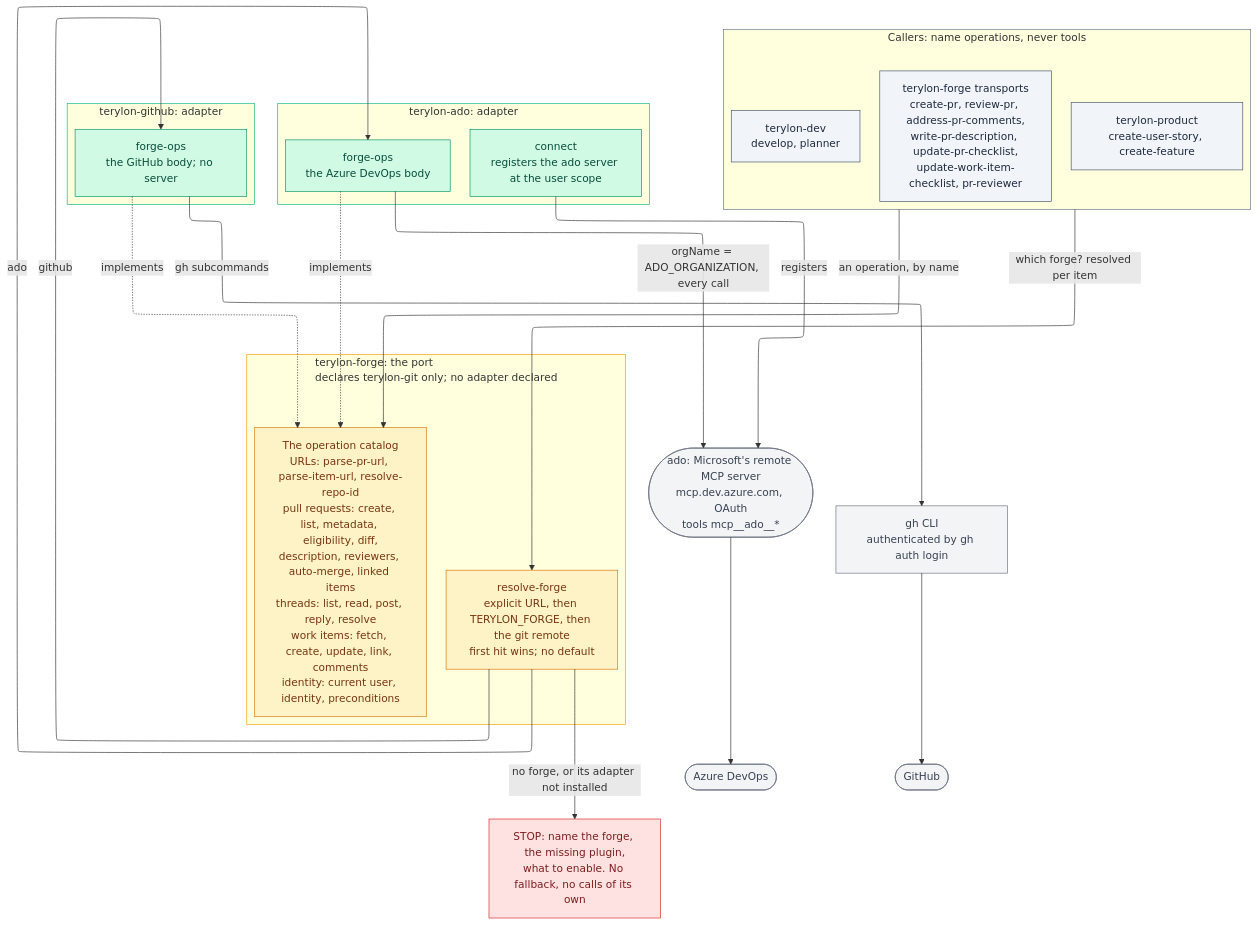
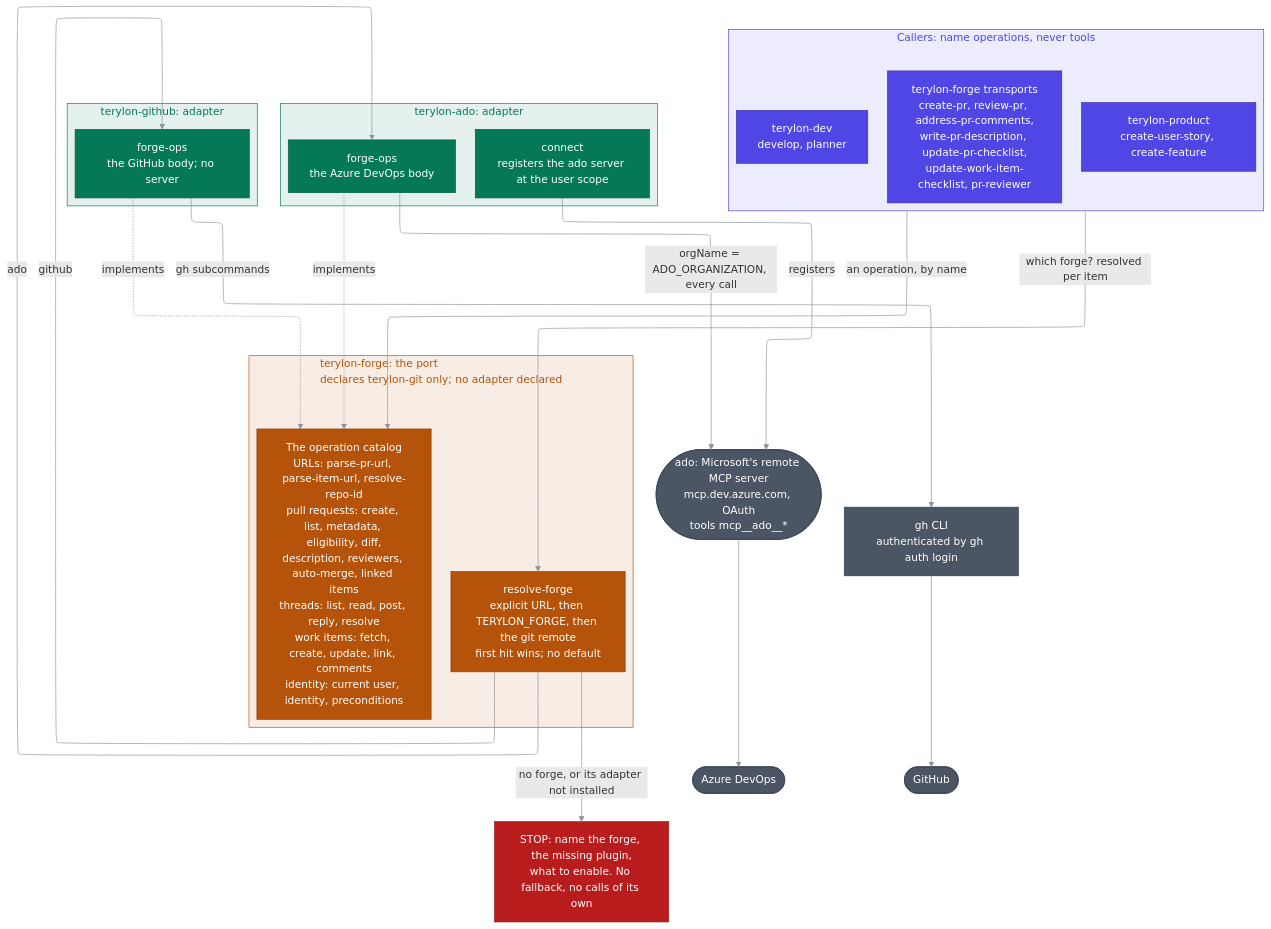
The first of 2 diagrams in docs/architecture/README.md (janecekvit/terylon-marketplace), drawn with Mermaid before and after one commit. The commit also changed other lines of this file and 5 other files, not shown here.

````diff
--- a/docs/architecture/README.md
+++ b/docs/architecture/README.md
@@ -19,66 +19,69 @@
 ```mermaid
 ---
 config:
   layout: elk
+  flowchart:
+    padding: 16
 ---
 %% The forge port: who names an operation, who resolves the forge, and which adapter's body runs it.
 %% The source of truth is this block: edit it here; nothing is generated from it.
 %% Why it is a port at all: port-and-adapter-split.md. The resolution step by step:
 %% ../flows/forge-resolution.md.
 flowchart TD
-    %% One colour per kind: callers (slate), the port (amber), adapters (green), the stop (red),
-    %% platforms outside the marketplace (grey). A subgraph takes a stroke and no fill, so the theme
-    %% fills it in light and dark mode alike: .claude/rules/markdown.md says why.
-    classDef caller fill:#F1F5F9,stroke:#475569,color:#1E293B
-    classDef port fill:#FEF3C7,stroke:#D97706,color:#78350F
-    classDef adapter fill:#D1FAE5,stroke:#059669,color:#064E3B
-    classDef stop fill:#FEE2E2,stroke:#DC2626,color:#7F1D1D
-    classDef external fill:#F3F4F6,stroke:#6B7280,color:#374151
+    %% One colour per kind, the palette of .claude/rules/markdown.md: callers (indigo), the port (amber),
+    %% adapters (green), the stop (red), platforms outside the marketplace (grey).
+    %% No theme is set, so GitHub draws the block in its light or dark theme.
+    classDef caller fill:#4F46E5,stroke:#3730A3,color:#FFFFFF
+    classDef port fill:#B45309,stroke:#92400E,color:#FFFFFF
+    classDef adapter fill:#047857,stroke:#065F46,color:#FFFFFF
+    classDef stop fill:#B91C1C,stroke:#991B1B,color:#FFFFFF
+    classDef external fill:#4B5563,stroke:#374151,color:#FFFFFF
 
     subgraph callers ["Callers: name operations, never tools"]
         transports["terylon-forge transports<br/>create-pr, review-pr, address-pr-comments,<br/>write-pr-description, update-pr-checklist,<br/>update-work-item-checklist, pr-reviewer"]:::caller
         product["terylon-product<br/>create-user-story, create-feature"]:::caller
         dev["terylon-dev<br/>develop, planner"]:::caller
     end
 
     subgraph port ["terylon-forge: the port<br/>declares terylon-git only; no adapter declared"]
         resolve["resolve-forge<br/>explicit URL, then TERYLON_FORGE, then the git remote<br/>first hit wins; no default"]:::port
         catalog["The operation catalog<br/>URLs: parse-pr-url, parse-item-url, resolve-repo-id<br/>pull requests: create, list, metadata, eligibility, diff,<br/>description, reviewers, auto-merge, linked items<br/>threads: list, read, post, reply, resolve<br/>work items: fetch, create, update, link, comments<br/>identity: current user, identity, preconditions"]:::port
     end
 
     stop["STOP: name the forge, the missing plugin,<br/>what to enable. No fallback, no calls of its own"]:::stop
 
     subgraph ado ["terylon-ado: adapter"]
         adoForgeOps["forge-ops<br/>the Azure DevOps body"]:::adapter
         connect["connect<br/>registers the ado server at the user scope"]:::adapter
     end
 
     subgraph github ["terylon-github: adapter"]
         githubForgeOps["forge-ops<br/>the GitHub body; no server"]:::adapter
     end
 
     adoServer(["ado: Microsoft's remote MCP server<br/>mcp.dev.azure.com, OAuth<br/>tools mcp__ado__*"]):::external
     gh["gh CLI<br/>authenticated by gh auth login"]:::external
     azureDevOps(["Azure DevOps"]):::external
     githubCom(["GitHub"]):::external
 
     callers -->|"an operation, by name"| catalog
     callers -->|"which forge? resolved per item"| resolve
     resolve -->|"ado"| adoForgeOps
     resolve -->|"github"| githubForgeOps
     resolve -->|"no forge, or its adapter not installed"| stop
 
     adoForgeOps -.->|"implements"| catalog
     githubForgeOps -.->|"implements"| catalog
 
     connect -->|"registers"| adoServer
     adoForgeOps -->|"orgName = ADO_ORGANIZATION, every call"| adoServer
     adoServer --> azureDevOps
     githubForgeOps -->|"gh subcommands"| gh
     gh --> githubCom
 
-    style callers stroke:#64748B
-    style port stroke:#F59E0B
-    style ado stroke:#10B981
-    style github stroke:#10B981
+    style callers fill:#4F46E51A,stroke:#4F46E5,color:#4F46E5
+    style port fill:#B453091A,stroke:#B45309,color:#B45309
+    style ado fill:#0478571A,stroke:#047857,color:#047857
+    style github fill:#0478571A,stroke:#047857,color:#047857
+    linkStyle default stroke:#8B949E
 ```
````
